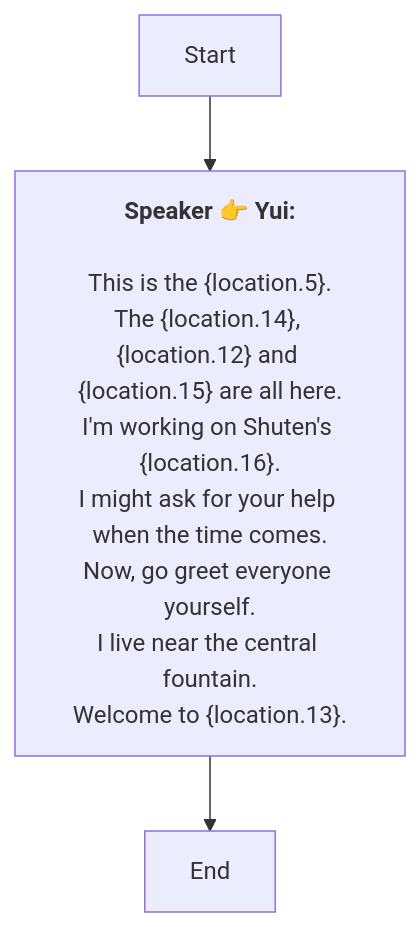
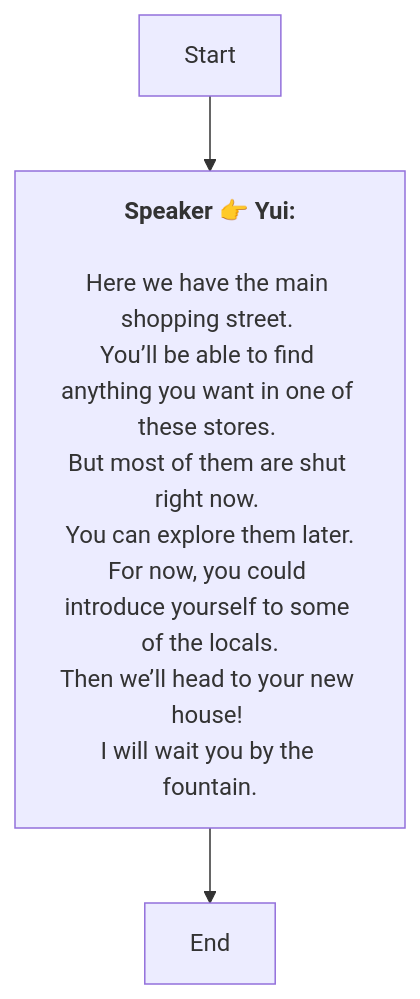
Before and after one commit to SoftHu/tos_avg: the diagram in En/QuestStartTalkENode_1741757389221183.md, drawn with Mermaid. The commit also changed 228 other files, not shown here.

````diff
--- a/En/QuestStartTalkENode_1741757389221183.md
+++ b/En/QuestStartTalkENode_1741757389221183.md
@@ -1,14 +1,14 @@
 ```mermaid
 graph
 Start -->1741757429204290[<b>Speaker 👉 Yui:</b>
 
-This is the &lbrace;location.5&rbrace;.
-The &lbrace;location.14&rbrace;, &lbrace;location.12&rbrace; and &lbrace;location.15&rbrace; are all here.
-I'm working on Shuten's &lbrace;location.16&rbrace;.
-I might ask for your help when the time comes.
-Now, go greet everyone yourself.
-I live near the central fountain.
-Welcome to &lbrace;location.13&rbrace;.]
+Here we have the main shopping street. 
+You’ll be able to find anything you want in one of these stores. 
+But most of them are shut right now. 
+You can explore them later.
+For now, you could introduce yourself to some of the locals.
+Then we’ll head to your new house! 
+I will wait you by the fountain.]
 1741757429204290 -->1741757508892995[End]
 
  ```
````
